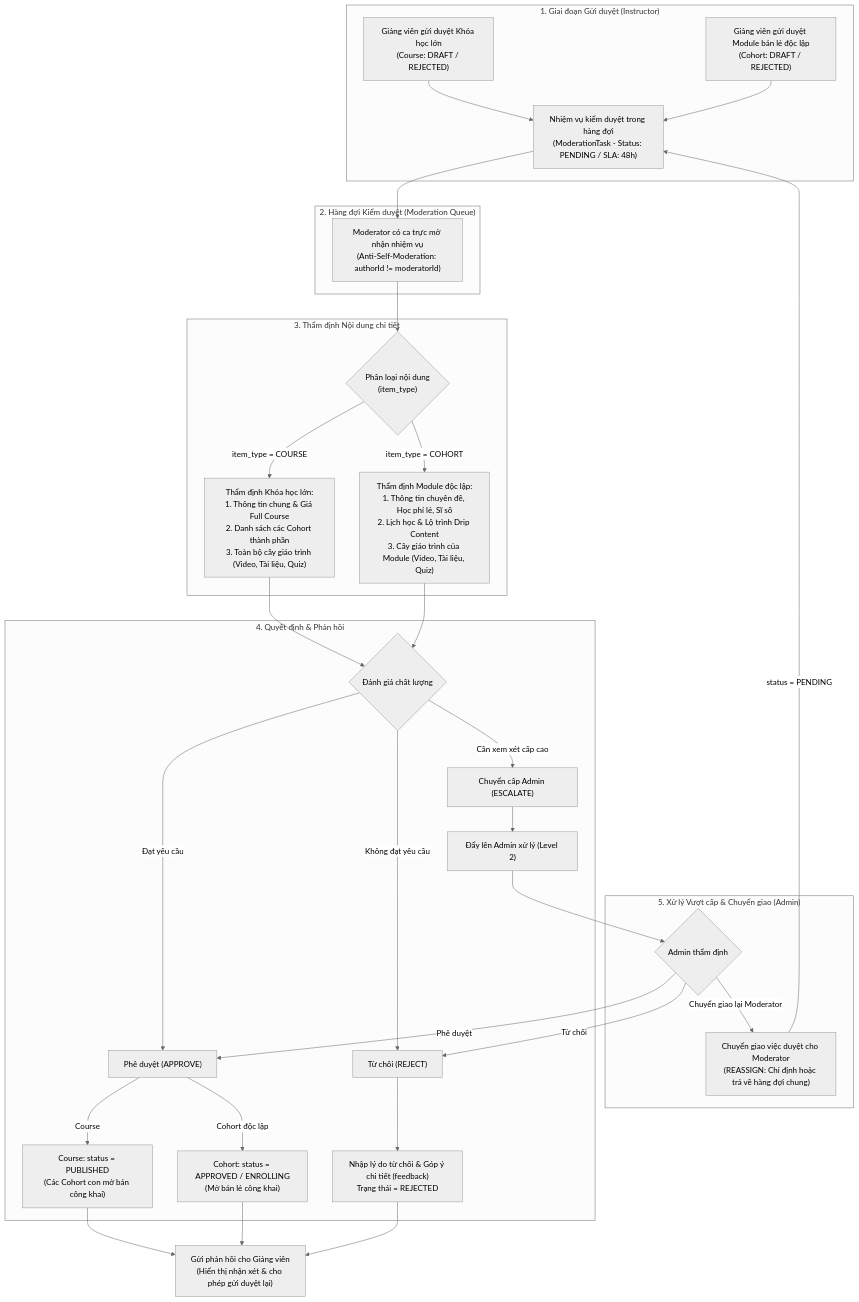
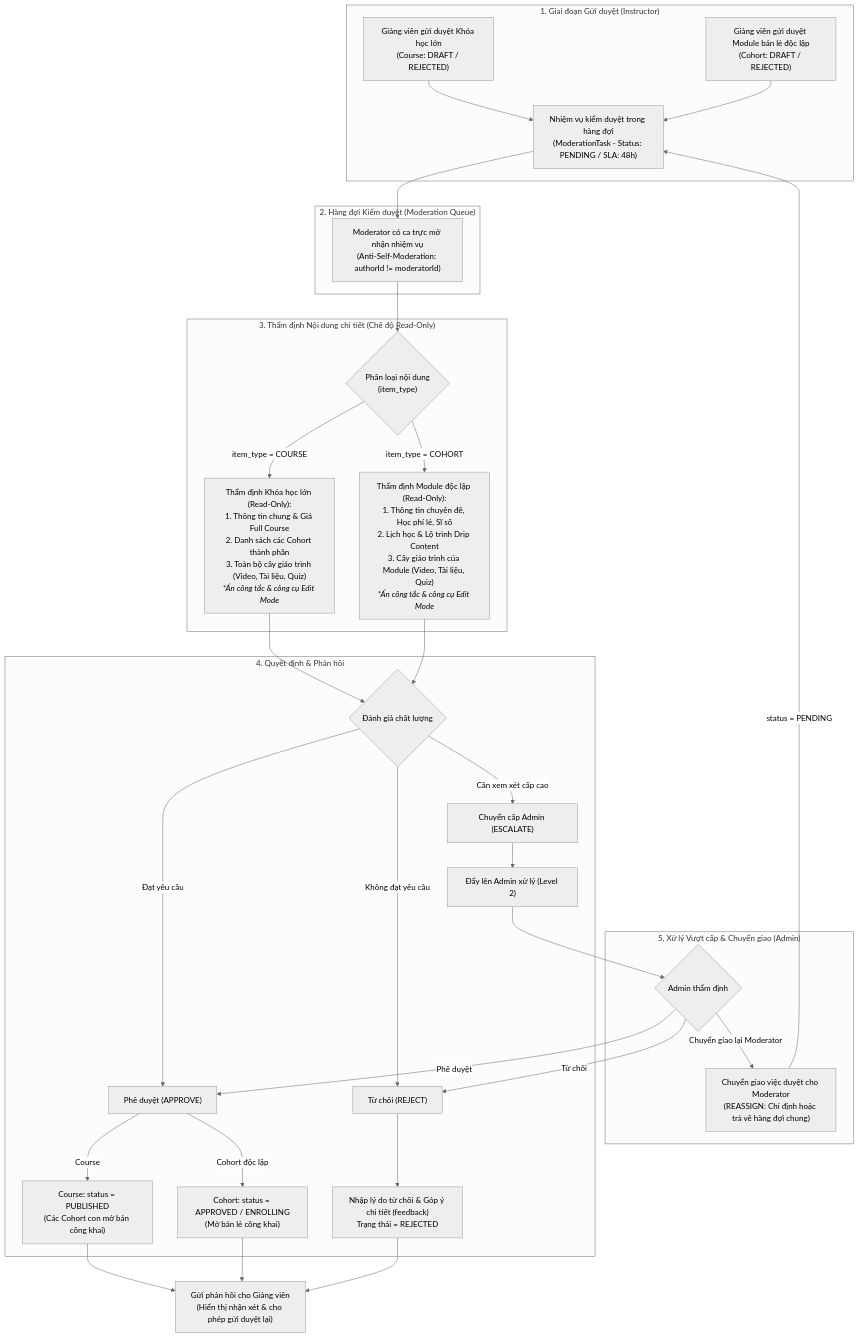
The first of 2 diagrams in docs/usecases/UC04_KiemDuyetNoiDung.md (TienNguyen23-12/utelearn-platform), drawn with Mermaid (neutral theme) before and after one commit. The commit also changed other lines of this file and 25 other files, not shown here.

Commit message:
fix(moderation-and-database): tach quyen canEdit/hasAccessRole, cap quyen xem tai lieu cho moderator va hoan thien upsell full course

````diff
--- a/docs/usecases/UC04_KiemDuyetNoiDung.md
+++ b/docs/usecases/UC04_KiemDuyetNoiDung.md
@@ -5,45 +5,45 @@
 ```mermaid
 graph TD
     subgraph Submission["1. Giai đoạn Gửi duyệt (Instructor)"]
         SubmitCourse["Giảng viên gửi duyệt Khóa học lớn<br/>(Course: DRAFT / REJECTED)"] --> Queue
         SubmitCohort["Giảng viên gửi duyệt Module bán lẻ độc lập<br/>(Cohort: DRAFT / REJECTED)"] --> Queue
     end
 
     subgraph QueueStage["2. Hàng đợi Kiểm duyệt (Moderation Queue)"]
         Queue["Nhiệm vụ kiểm duyệt trong hàng đợi<br/>(ModerationTask - Status: PENDING / SLA: 48h)"] --> ModSelect["Moderator có ca trực mở nhận nhiệm vụ<br/>(Anti-Self-Moderation: authorId != moderatorId)"]
     end
 
-    subgraph Inspection["3. Thẩm định Nội dung chi tiết"]
+    subgraph Inspection["3. Thẩm định Nội dung chi tiết (Chế độ Read-Only)"]
         ModSelect --> CheckType{"Phân loại nội dung<br/>(item_type)"}
         
-        CheckType -->|"item_type = COURSE"| InspectCourse["Thẩm định Khóa học lớn:<br/>1. Thông tin chung & Giá Full Course<br/>2. Danh sách các Cohort thành phần<br/>3. Toàn bộ cây giáo trình (Video, Tài liệu, Quiz)"]
-        CheckType -->|"item_type = COHORT"| InspectCohort["Thẩm định Module độc lập:<br/>1. Thông tin chuyên đề, Học phí lẻ, Sĩ số<br/>2. Lịch học & Lộ trình Drip Content<br/>3. Cây giáo trình của Module (Video, Tài liệu, Quiz)"]
+        CheckType -->|"item_type = COURSE"| InspectCourse["Thẩm định Khóa học lớn (Read-Only):<br/>1. Thông tin chung & Giá Full Course<br/>2. Danh sách các Cohort thành phần<br/>3. Toàn bộ cây giáo trình (Video, Tài liệu, Quiz)<br/><i>*Ẩn công tắc & công cụ Edit Mode</i>"]
+        CheckType -->|"item_type = COHORT"| InspectCohort["Thẩm định Module độc lập (Read-Only):<br/>1. Thông tin chuyên đề, Học phí lẻ, Sĩ số<br/>2. Lịch học & Lộ trình Drip Content<br/>3. Cây giáo trình của Module (Video, Tài liệu, Quiz)<br/><i>*Ẩn công tắc & công cụ Edit Mode</i>"]
     end
 
     InspectCourse --> Decision{"Đánh giá chất lượng"}
     InspectCohort --> Decision
 
     subgraph DecisionStage["4. Quyết định & Phản hồi"]
         Decision -->|"Đạt yêu cầu"| Approve["Phê duyệt (APPROVE)"]
         Decision -->|"Không đạt yêu cầu"| Reject["Từ chối (REJECT)"]
         Decision -->|"Cần xem xét cấp cao"| Escalate["Chuyển cấp Admin (ESCALATE)"]
 
         Approve -->|"Course"| PubCourse["Course: status = PUBLISHED<br/>(Các Cohort con mở bán công khai)"]
         Approve -->|"Cohort độc lập"| PubCohort["Cohort: status = APPROVED / ENROLLING<br/>(Mở bán lẻ công khai)"]
 
         Reject --> RejFeedback["Nhập lý do từ chối & Góp ý chi tiết (feedback)<br/>Trạng thái = REJECTED"]
         Escalate --> EscQueue["Đẩy lên Admin xử lý (Level 2)"]
     end
 
     subgraph AdminAction["5. Xử lý Vượt cấp & Chuyển giao (Admin)"]
         EscQueue --> AdminDecision{"Admin thẩm định"}
         AdminDecision -->|"Phê duyệt"| Approve
         AdminDecision -->|"Từ chối"| Reject
         AdminDecision -->|"Chuyển giao lại Moderator"| Reassign["Chuyển giao việc duyệt cho Moderator<br/>(REASSIGN: Chỉ định hoặc trả về hàng đợi chung)"]
         Reassign -->|"status = PENDING"| Queue
     end
 
     RejFeedback --> NotifyTeacher["Gửi phản hồi cho Giảng viên<br/>(Hiển thị nhận xét & cho phép gửi duyệt lại)"]
     PubCourse --> NotifyTeacher
     PubCohort --> NotifyTeacher
 ```
````
